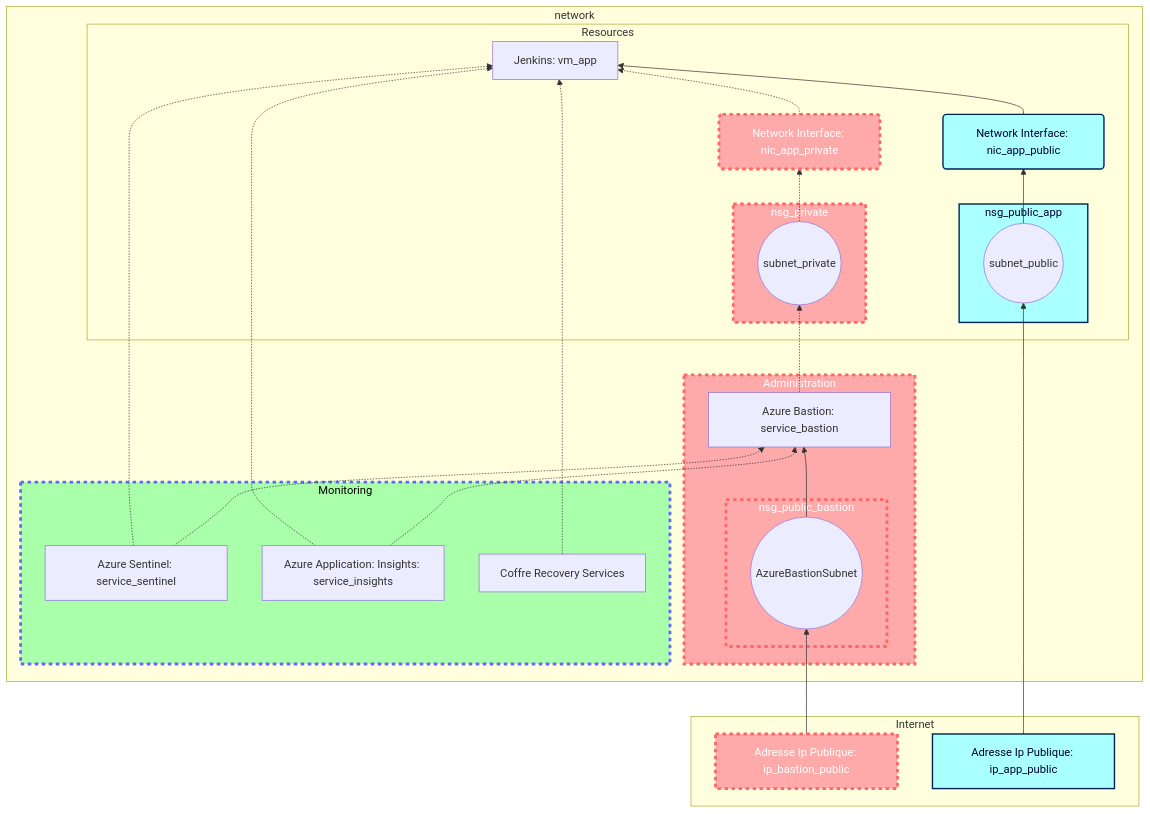
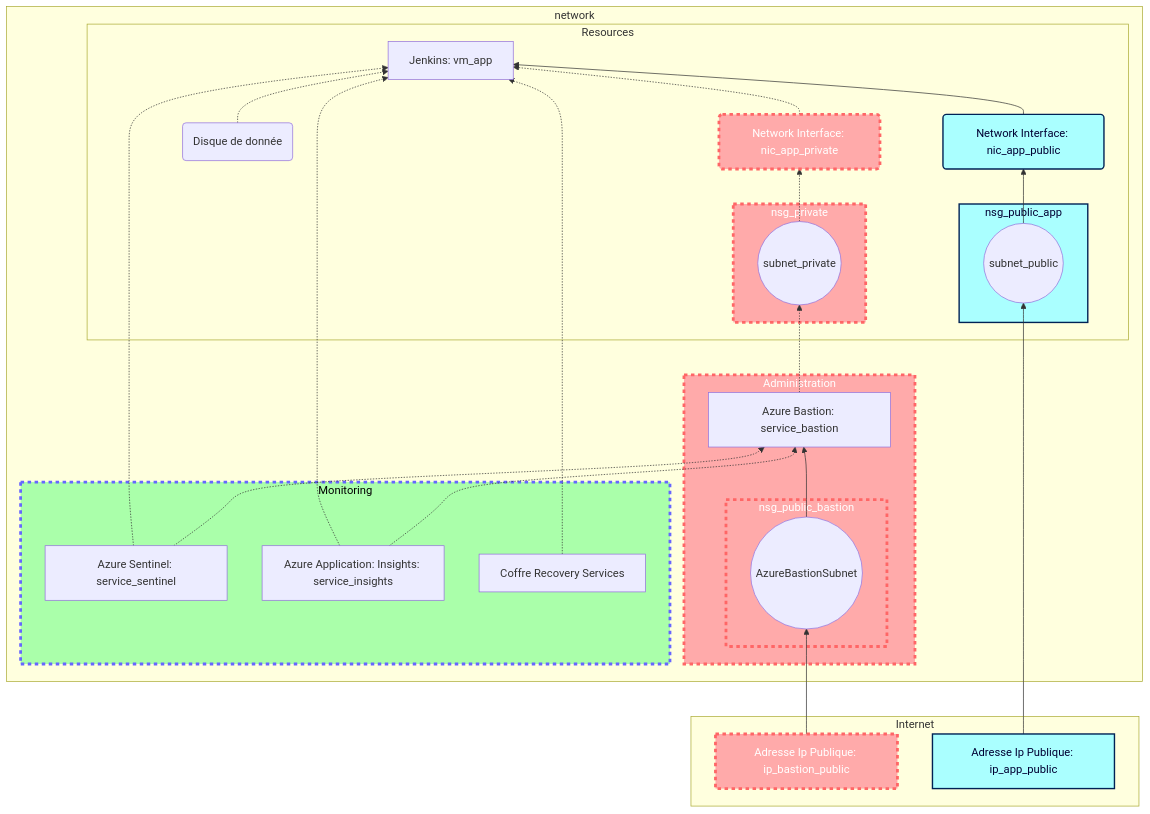
One commit to b-quentin/simplon_brief3 changed the diagram in README.md. Above: the diagram before and after it, drawn with Mermaid. The commit also changed other lines of this file, not shown here.

````diff
--- a/README.md
+++ b/README.md
@@ -11,70 +11,73 @@
 ```mermaid
 graph BT
     subgraph Internet
         ip_bastion_public[Adresse Ip Publique: ip_bastion_public]
         ip_app_public[Adresse Ip Publique: ip_app_public]
     end
 
 
     ip_bastion_public --> subnet_bastion
     ip_app_public --> subnet_public_app
 
     subnet_public_app --> nic_app_public
     subnet_bastion --> service_bastion
 
 
 
 
     subgraph network
         subgraph Administration
             subgraph nsg_public_bastion
                 subnet_bastion((AzureBastionSubnet))
             end
 
             service_bastion[Azure Bastion: service_bastion]
 
         end
 
         subgraph monitoring[Monitoring]
             service_sentinel[Azure Sentinel: service_sentinel]
             service_insights[Azure Application: Insights: service_insights]
             service_vault[Coffre Recovery Services]
         end
 
         subgraph Resources
             subgraph nsg_private
                 subnet_private((subnet_private))
             end
 
             subgraph nsg_public_app
-                    subnet_public_app((subnet_public))
+   
+            subnet_public_app((subnet_public))
             end
-
+            
+            disk(Disque de donnée)  
+            
             vm_app[Jenkins: vm_app]
             nic_app_public(Network Interface: nic_app_public)
             nic_app_private(Network Interface: nic_app_private)
 
             service_vault -.-> vm_app
-
+            disk -.-> vm_app
             service_bastion -.-> subnet_private
             subnet_private -.-> nic_app_private
             nic_app_private -.-> vm_app
 
             service_sentinel -.-> vm_app
             service_sentinel -.-> service_bastion
 
             service_insights -.-> vm_app
             service_insights -.-> service_bastion
         end
 
         nic_app_public --> vm_app
     end
 
     classDef primary fill:#faa,stroke:#f66,stroke-width:4px,color:#fff,stroke-dasharray: 5 5;
     class ip_bastion_public,Administration,nsg_public_bastion,nsg_private,nic_app_private, primary;
     classDef secondary fill:#aff,stroke:#025,stroke-width:2px,color:#003;
     class ip_app_public,nsg_public_app,nic_app_public, secondary;
     classDef tertiary fill:#afa,stroke:#66f,stroke-width:4px,color:#000,stroke-dasharray: 5 5;
     class monitoring,BBBB,CCCC, tertiary;
 
 ```
````
